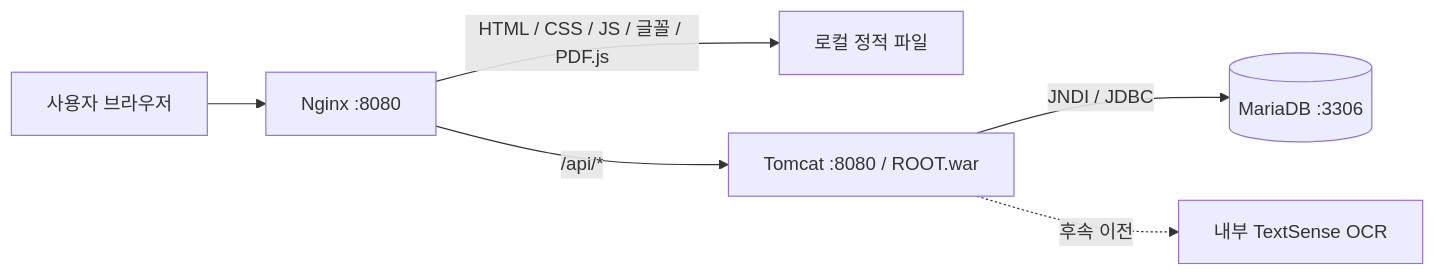
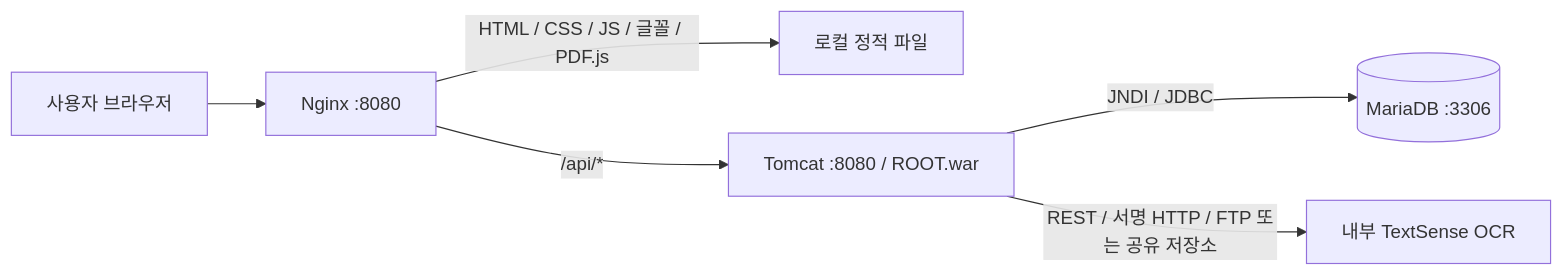
Before and after one commit to kangs007-design/FormLeader: the diagram in product/README.md, drawn with Mermaid. The commit also changed other lines of this file and 31 other files, not shown here.

````diff
--- a/product/README.md
+++ b/product/README.md
@@ -17,8 +20,8 @@
 ```mermaid
 flowchart LR
     Browser[사용자 브라우저] --> WEB[Nginx :8080]
     WEB -->|HTML / CSS / JS / 글꼴 / PDF.js| Assets[로컬 정적 파일]
     WEB -->|/api/*| WAS[Tomcat :8080 / ROOT.war]
     WAS -->|JNDI / JDBC| RDB[(MariaDB :3306)]
-    WAS -. 후속 이전 .-> OCR[내부 TextSense OCR]
+    WAS -->|REST / 서명 HTTP / FTP 또는 공유 저장소| OCR[내부 TextSense OCR]
 ```
````
